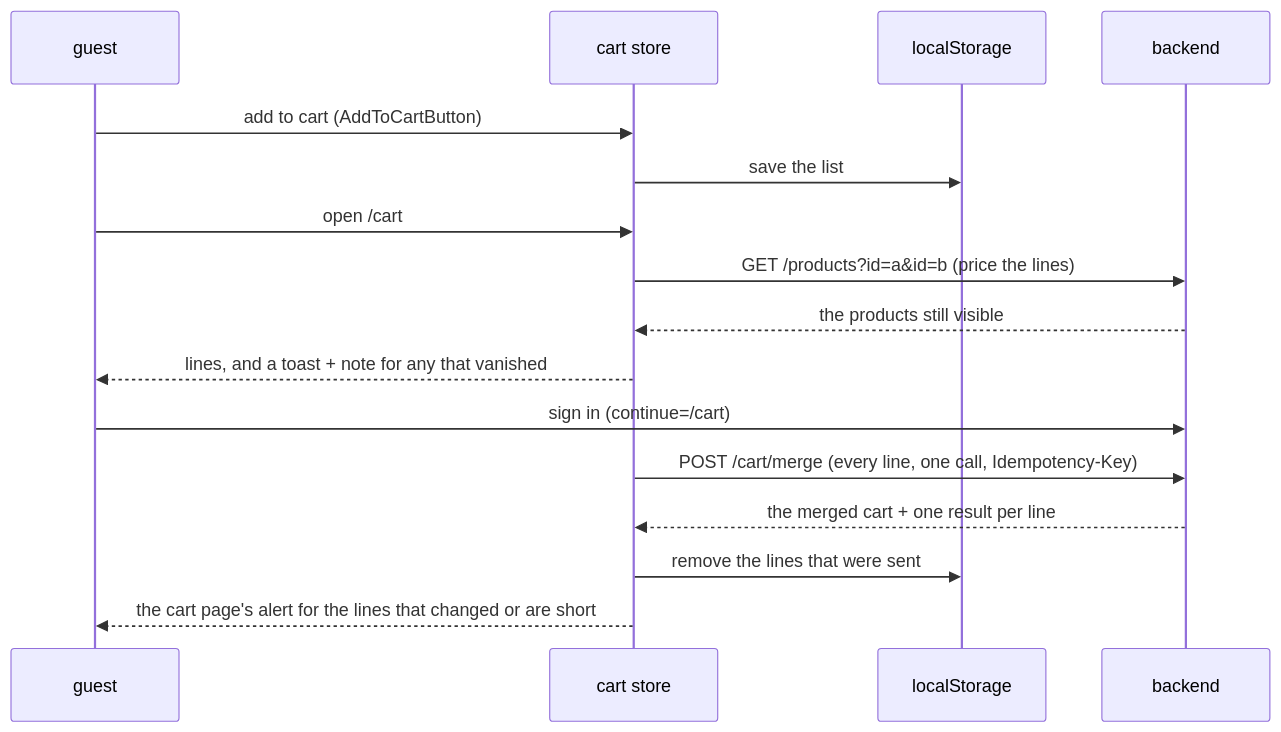
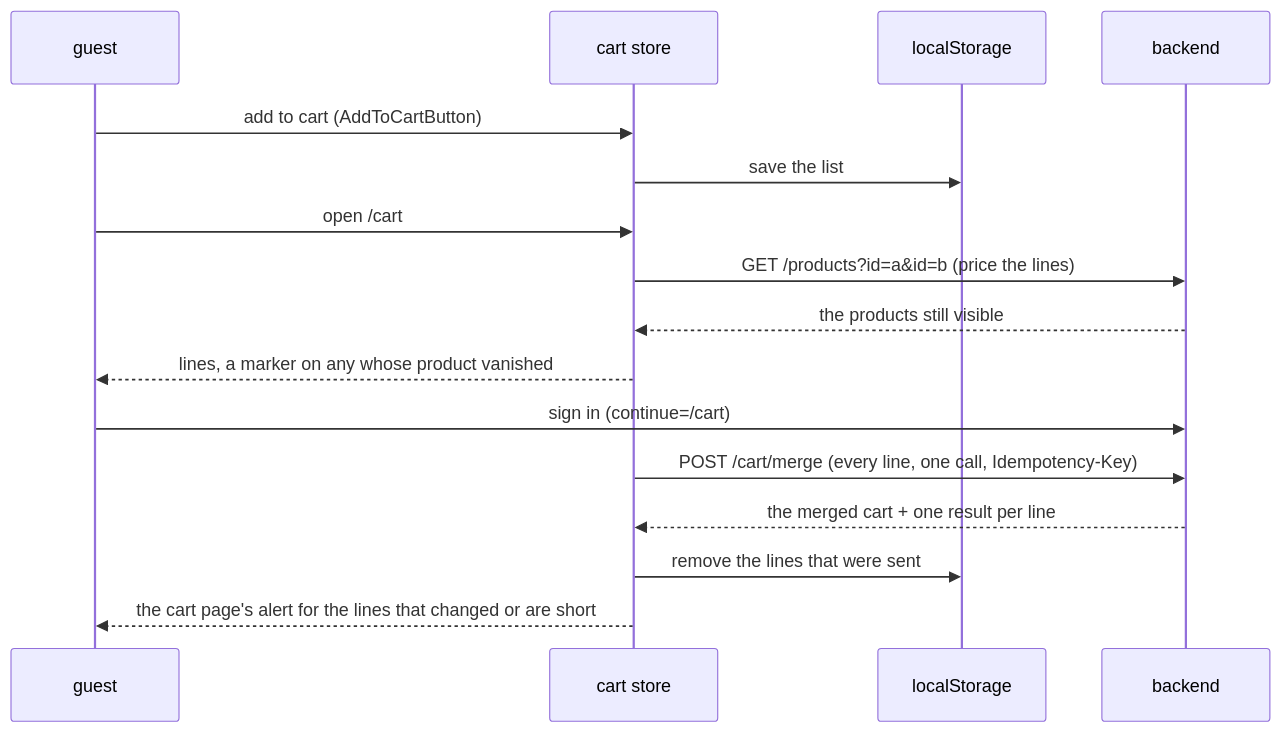
Before and after one commit to Guebbit/boilerplate-vue-frontend: the second of 6 diagrams in docs/modules/cart.md, drawn with Mermaid. The commit also changed other lines of this file and 53 other files, not shown here.

````diff
--- a/docs/modules/cart.md
+++ b/docs/modules/cart.md
@@ -104,18 +104,18 @@
 ```mermaid
 sequenceDiagram
     participant G as guest
     participant S as cart store
     participant LS as localStorage
     participant API as backend
     G->>S: add to cart (AddToCartButton)
     S->>LS: save the list
     G->>S: open /cart
     S->>API: GET /products?id=a&id=b (price the lines)
     API-->>S: the products still visible
-    S-->>G: lines, and a toast + note for any that vanished
+    S-->>G: lines, a marker on any whose product vanished
     G->>API: sign in (continue=/cart)
     S->>API: POST /cart/merge (every line, one call, Idempotency-Key)
     API-->>S: the merged cart + one result per line
     S->>LS: remove the lines that were sent
     S-->>G: the cart page's alert for the lines that changed or are short
 ```
````
